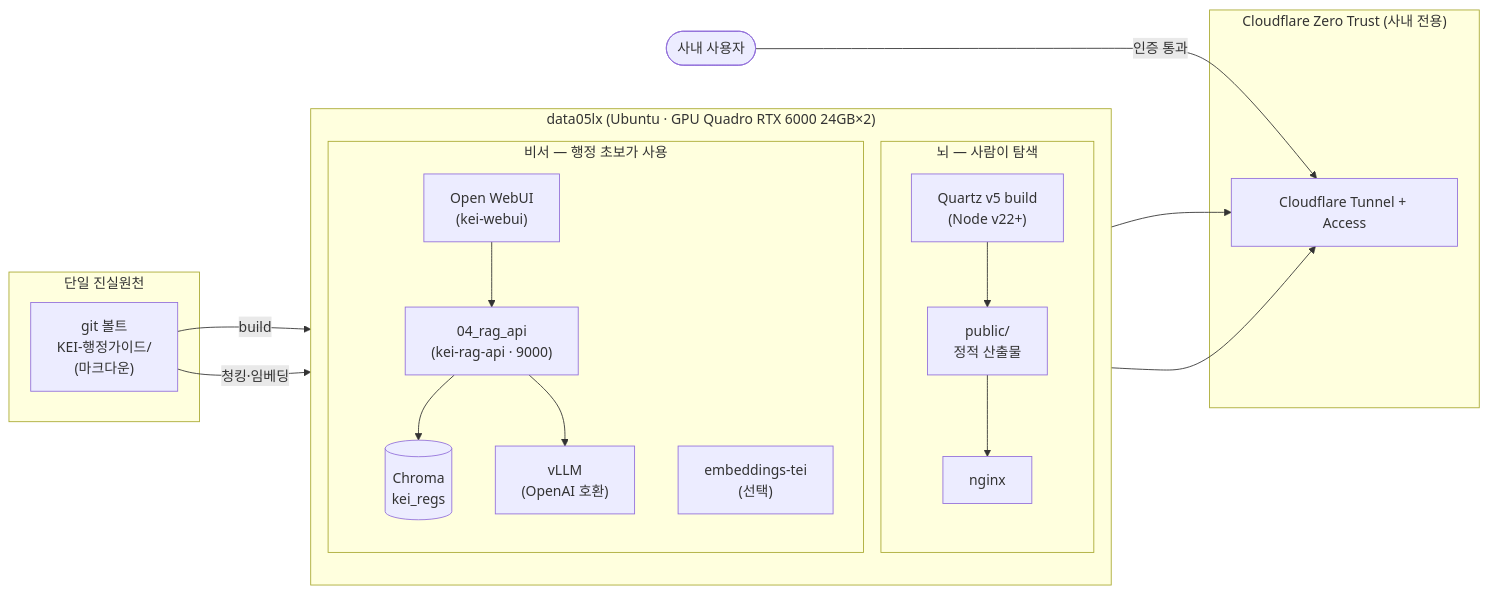
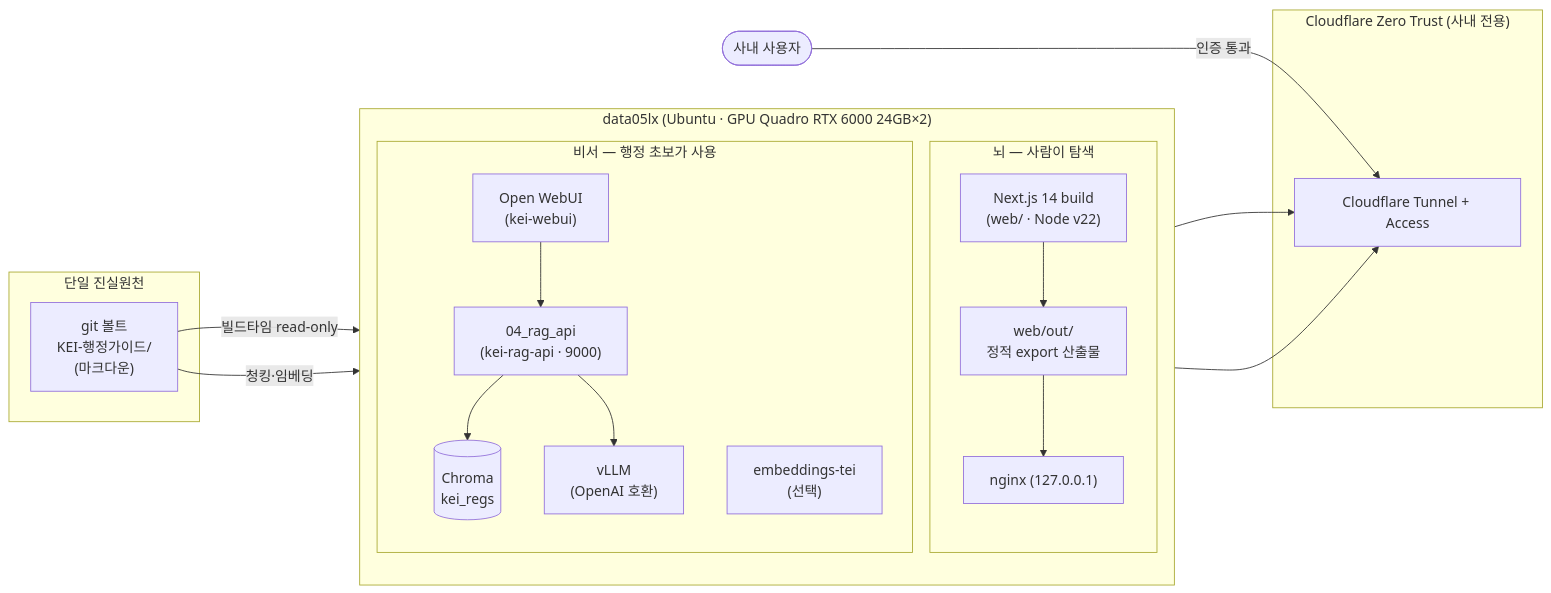
Before and after one commit to mooner92/KEIAdminSuperv: the first of 4 diagrams in docs/06-deployment.md, drawn with Mermaid. The commit also changed other lines of this file and 4 other files, not shown here.

First line of the commit message:
docs: [뇌] 화면 Quartz → Next.js + TDS 이관 반영

````diff
--- a/docs/06-deployment.md
+++ b/docs/06-deployment.md
@@ -12,40 +12,40 @@
 ```mermaid
 flowchart LR
     subgraph SoT["단일 진실원천"]
         VAULT["git 볼트<br/>KEI-행정가이드/<br/>(마크다운)"]
     end
 
     subgraph HOST["data05lx (Ubuntu · GPU Quadro RTX 6000 24GB×2)"]
         direction TB
 
         subgraph BRAIN["뇌 — 사람이 탐색"]
-            QBUILD["Quartz v5 build<br/>(Node v22+)"]
-            PUBLIC["public/<br/>정적 산출물"]
-            NGINX["nginx"]
-            QBUILD --> PUBLIC --> NGINX
+            NBUILD["Next.js 14 build<br/>(web/ · Node v22)"]
+            OUT["web/out/<br/>정적 export 산출물"]
+            NGINX["nginx (127.0.0.1)"]
+            NBUILD --> OUT --> NGINX
         end
 
         subgraph SECRETARY["비서 — 행정 초보가 사용"]
             WEBUI["Open WebUI<br/>(kei-webui)"]
             RAGAPI["04_rag_api<br/>(kei-rag-api · 9000)"]
             TEI["embeddings-tei<br/>(선택)"]
             CHROMA[("Chroma<br/>kei_regs")]
             VLLM["vLLM<br/>(OpenAI 호환)"]
             WEBUI --> RAGAPI
             RAGAPI --> CHROMA
             RAGAPI --> VLLM
         end
     end
 
     subgraph CF["Cloudflare Zero Trust (사내 전용)"]
         TUNNEL["Cloudflare Tunnel + Access"]
     end
 
-    VAULT -->|build| QBUILD
+    VAULT -->|빌드타임 read-only| NBUILD
     VAULT -->|청킹·임베딩| CHROMA
 
     NGINX --> TUNNEL
     WEBUI --> TUNNEL
 
     USER(["사내 사용자"]) -->|인증 통과| TUNNEL
 ```
````
